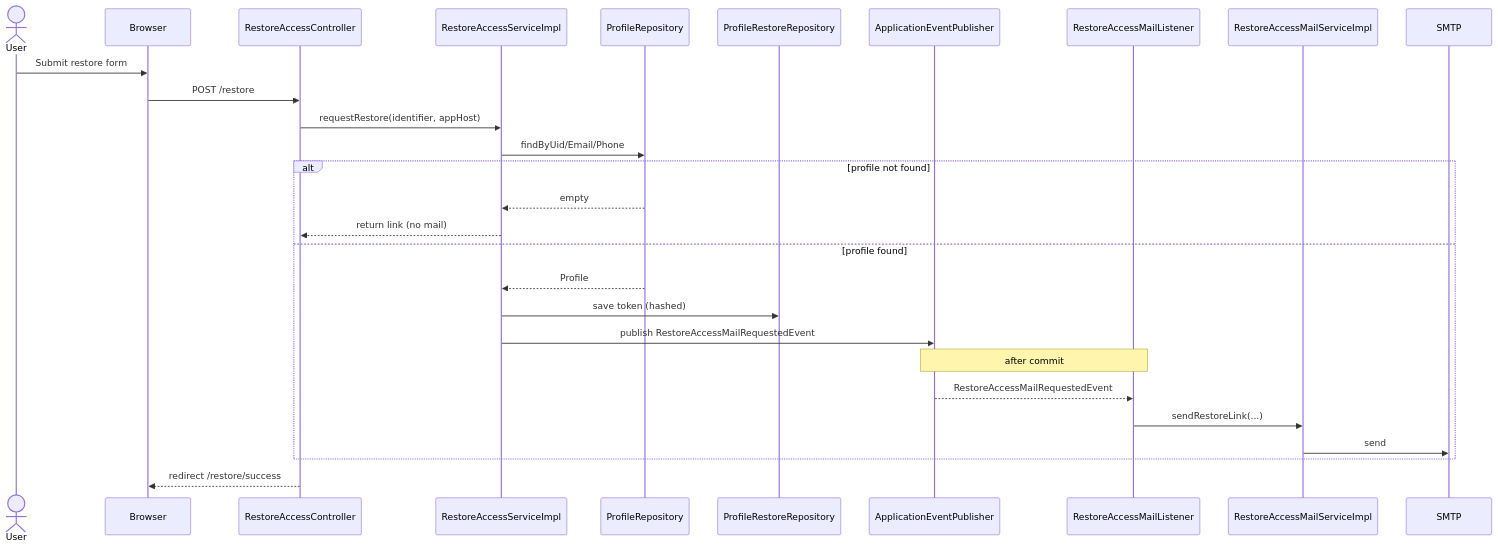
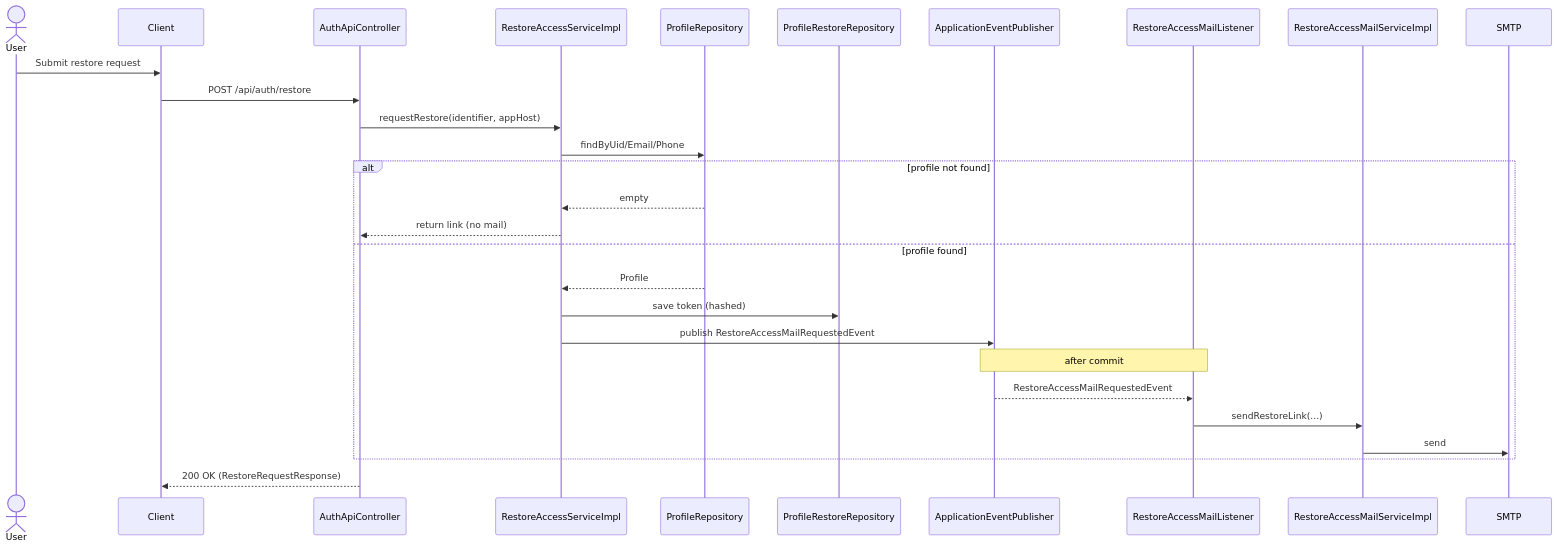
One commit to olekraua/resume changed the third of 6 diagrams in ARCHITECTURE.md. Above: the diagram before and after it, drawn with Mermaid. The commit also changed other lines of this file and 5 other files, not shown here.

````diff
--- a/ARCHITECTURE.md
+++ b/ARCHITECTURE.md
@@ -101,31 +102,31 @@
 ```mermaid
 sequenceDiagram
     actor User
-    participant Browser
-    participant Ctrl as RestoreAccessController
+    participant Client
+    participant Ctrl as AuthApiController
     participant RestoreSvc as RestoreAccessServiceImpl
     participant ProfileRepo as ProfileRepository
     participant RestoreRepo as ProfileRestoreRepository
     participant Events as ApplicationEventPublisher
     participant MailListener as RestoreAccessMailListener
     participant MailSvc as RestoreAccessMailServiceImpl
     participant SMTP as SMTP
 
-    User->>Browser: Submit restore form
-    Browser->>Ctrl: POST /restore
+    User->>Client: Submit restore request
+    Client->>Ctrl: POST /api/auth/restore
     Ctrl->>RestoreSvc: requestRestore(identifier, appHost)
     RestoreSvc->>ProfileRepo: findByUid/Email/Phone
     alt profile not found
         ProfileRepo-->>RestoreSvc: empty
         RestoreSvc-->>Ctrl: return link (no mail)
     else profile found
         ProfileRepo-->>RestoreSvc: Profile
         RestoreSvc->>RestoreRepo: save token (hashed)
         RestoreSvc->>Events: publish RestoreAccessMailRequestedEvent
         Note over Events,MailListener: after commit
         Events-->>MailListener: RestoreAccessMailRequestedEvent
         MailListener->>MailSvc: sendRestoreLink(...)
         MailSvc->>SMTP: send
     end
-    Ctrl-->>Browser: redirect /restore/success
+    Ctrl-->>Client: 200 OK (RestoreRequestResponse)
 ```
````
